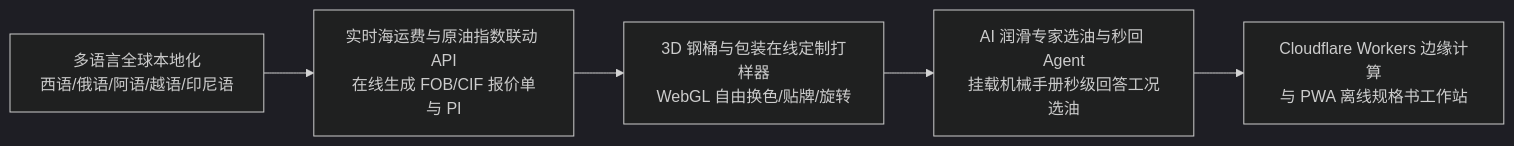
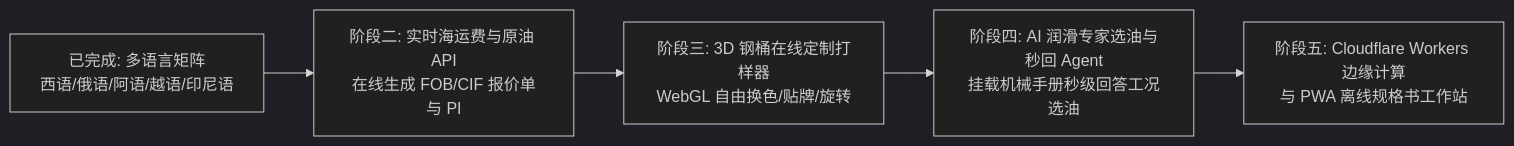
Before and after one commit to cnproduct/b2b-foss-lubricants-builder: the second of 2 diagrams in SKILL.md, drawn with Mermaid (dark theme). The commit also changed other lines of this file and 6 other files, not shown here.

````diff
--- a/SKILL.md
+++ b/SKILL.md
@@ -223,7 +262,7 @@
 ```mermaid
 flowchart LR
-    M1[多语言全球本地化<br>西语/俄语/阿语/越语/印尼语] --> M2[实时海运费与原油指数联动 API<br>在线生成 FOB/CIF 报价单与 PI]
-    M2 --> M3[3D 钢桶与包装在线定制打样器<br>WebGL 自由换色/贴牌/旋转]
-    M3 --> M4[AI 润滑专家选油与秒回 Agent<br>挂载机械手册秒级回答工况选油]
-    M4 --> M5[Cloudflare Workers 边缘计算<br>与 PWA 离线规格书工作站]
+    M1[已完成: 多语言矩阵<br>西语/俄语/阿语/越语/印尼语] --> M2[阶段二: 实时海运费与原油 API<br>在线生成 FOB/CIF 报价单与 PI]
+    M2 --> M3[阶段三: 3D 钢桶在线定制打样器<br>WebGL 自由换色/贴牌/旋转]
+    M3 --> M4[阶段四: AI 润滑专家选油与秒回 Agent<br>挂载机械手册秒级回答工况选油]
+    M4 --> M5[阶段五: Cloudflare Workers 边缘计算<br>与 PWA 离线规格书工作站]
 ```
````
